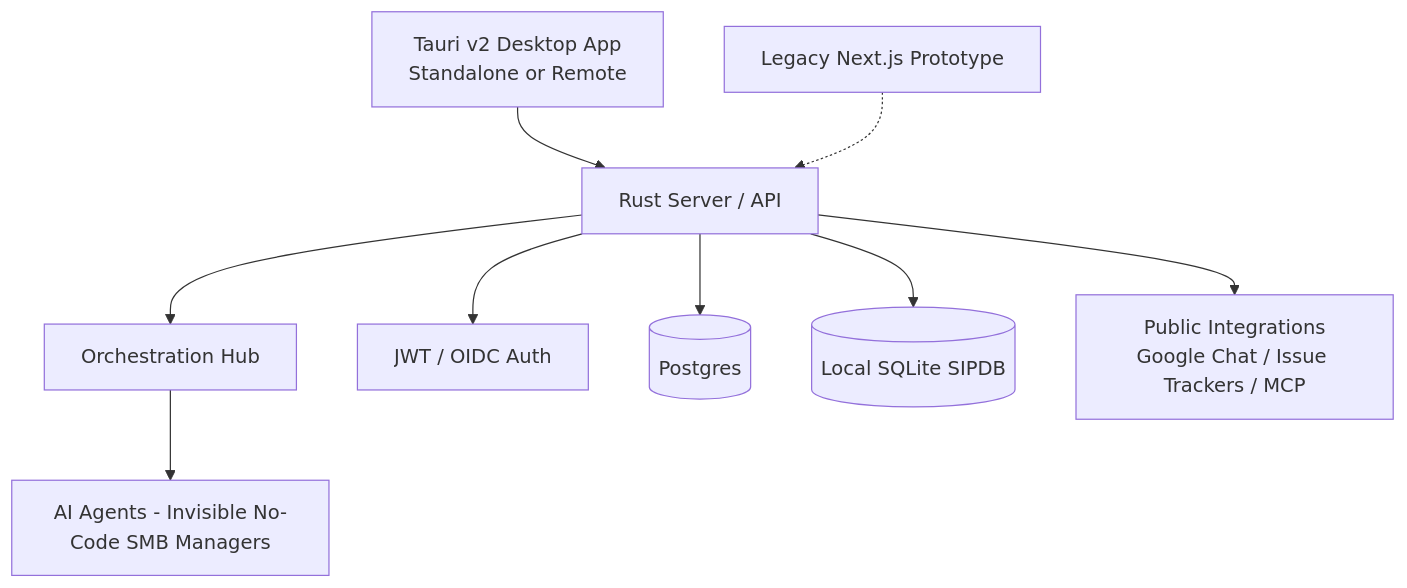
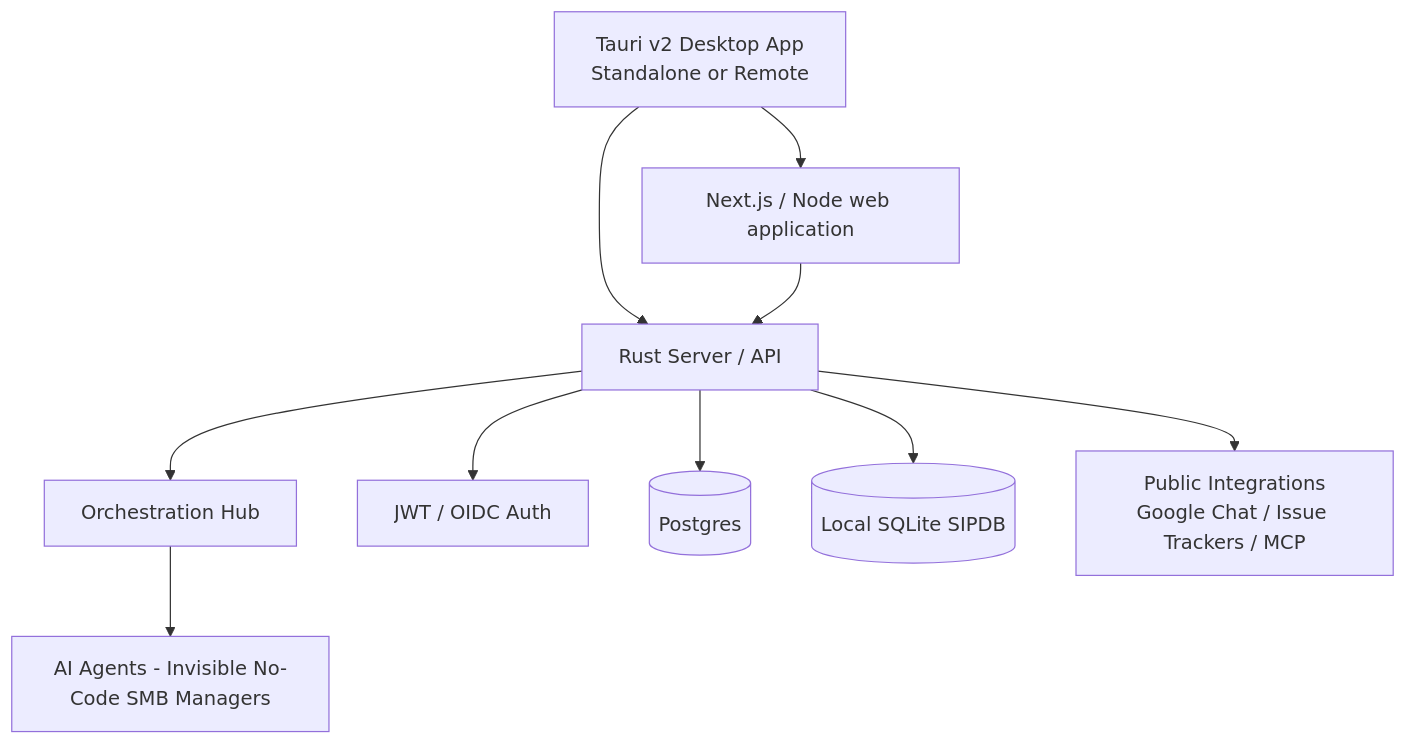
The diagram in README.md (omnisolo-llc/onehumancorp), drawn with Mermaid before and after one commit. The commit also changed other lines of this file and 952 other files, not shown here.

````diff
--- a/README.md
+++ b/README.md
@@ -81,11 +88,12 @@
 ```mermaid
 graph TD;
     DesktopClient[Tauri v2 Desktop App\nStandalone or Remote] --> API[Rust Server / API];
-    LegacyWeb[Legacy Next.js Prototype] -.-> API;
+    Web[Next.js / Node web application] --> API;
+    DesktopClient --> Web;
     API --> Orchestration[Orchestration Hub];
     API --> Auth[JWT / OIDC Auth];
     Orchestration --> Agents[AI Agents - Invisible No-Code SMB Managers];
     API --> Postgres[(Postgres)];
     API --> SQLite[(Local SQLite SIPDB)];
     API --> Integrations[Public Integrations\nGoogle Chat / Issue Trackers / MCP];
 ```
````
